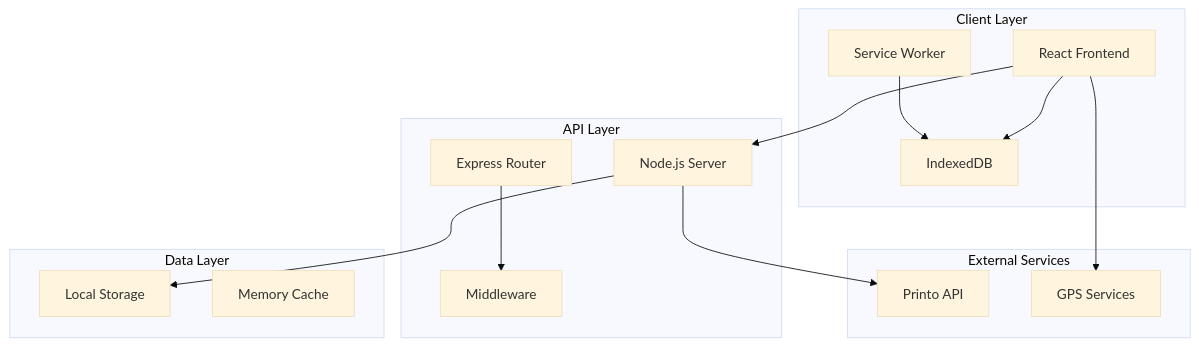
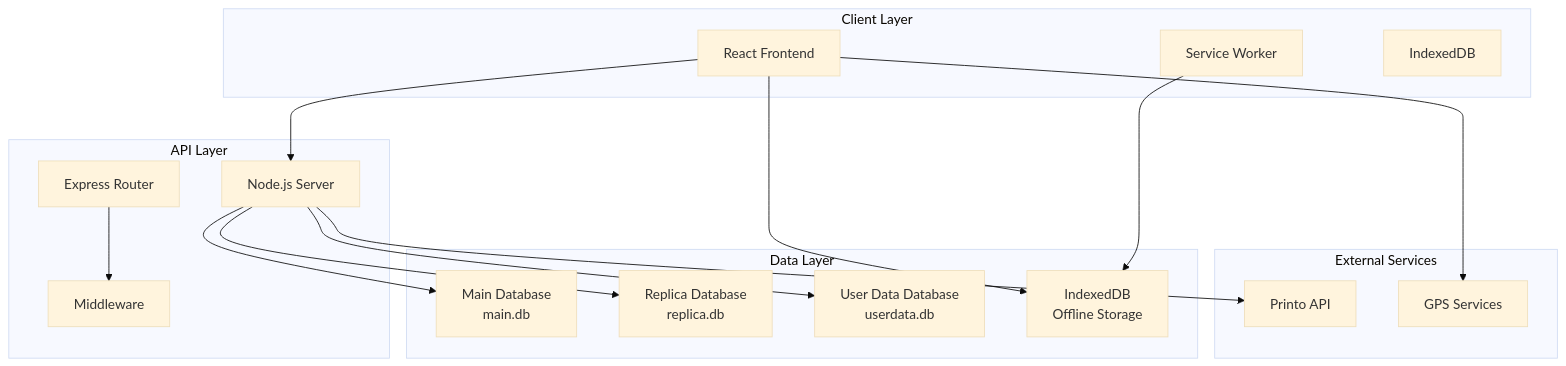
The diagram in docs/system-architecture.md (printo/RiderPro), drawn with Mermaid (base theme) before and after one commit. The commit also changed other lines of this file and 12 other files, not shown here.

````diff
--- a/docs/system-architecture.md
+++ b/docs/system-architecture.md
@@ -9,32 +9,36 @@
 ```mermaid
 graph TB
     subgraph "Client Layer"
         A[React Frontend]
         B[Service Worker]
         C[IndexedDB]
     end
     
     subgraph "API Layer"
         D[Node.js Server]
         E[Express Router]
         F[Middleware]
     end
     
     subgraph "External Services"
         G[Printo API]
         H[GPS Services]
     end
     
     subgraph "Data Layer"
-        I[Local Storage]
-        J[Memory Cache]
+        I[Main Database<br/>main.db]
+        J[Replica Database<br/>replica.db]
+        K[User Data Database<br/>userdata.db]
+        L[IndexedDB<br/>Offline Storage]
     end
     
     A --> D
-    A --> C
-    B --> C
+    A --> L
+    B --> L
+    D --> I
+    D --> J
+    D --> K
     D --> G
-    D --> I
     E --> F
     A --> H
 ```
````
